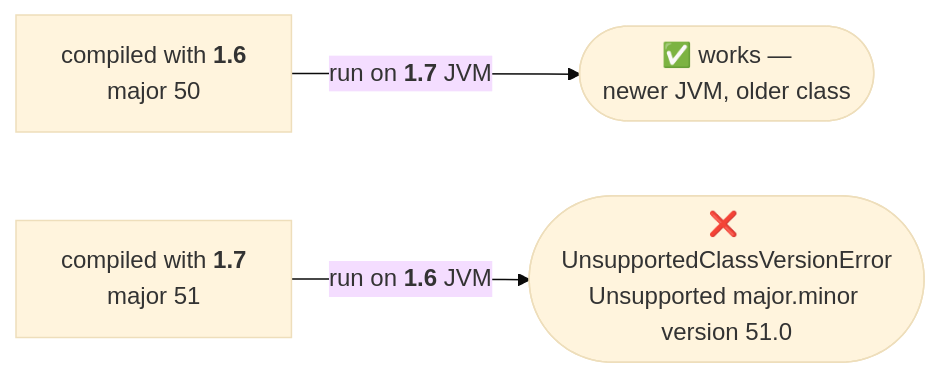
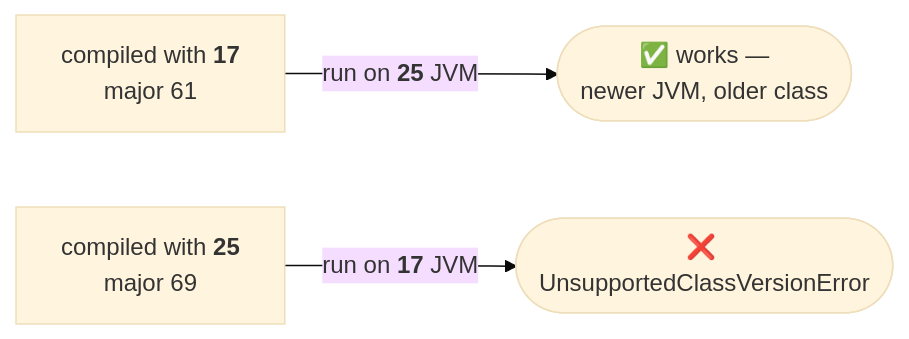
One commit to Dummy-Bug/system-design-handbook changed the second of 2 diagrams in Java/DURGA/JVM-ARCHITECTURE/08-Complete-Architecture-And-Class-File-Structure.md. Above: the diagram before and after it, drawn with Mermaid (base theme). The commit also changed other lines of this file and 8 other files, not shown here.

````diff
--- a/Java/DURGA/JVM-ARCHITECTURE/08-Complete-Architecture-And-Class-File-Structure.md
+++ b/Java/DURGA/JVM-ARCHITECTURE/08-Complete-Architecture-And-Class-File-Structure.md
@@ -187,5 +191,5 @@
 ```mermaid
 flowchart LR
-    A["compiled with <b>1.6</b><br/>major 50"] -->|"run on <b>1.7</b> JVM"| OK(["✅ works —<br/>newer JVM, older class"])
-    B["compiled with <b>1.7</b><br/>major 51"] -->|"run on <b>1.6</b> JVM"| BAD(["❌ UnsupportedClassVersionError<br/>Unsupported major.minor version 51.0"])
+    A["compiled with <b>17</b><br/>major 61"] -->|"run on <b>25</b> JVM"| OK(["✅ works —<br/>newer JVM, older class"])
+    B["compiled with <b>25</b><br/>major 69"] -->|"run on <b>17</b> JVM"| BAD(["❌ UnsupportedClassVersionError"])
 ```
````
